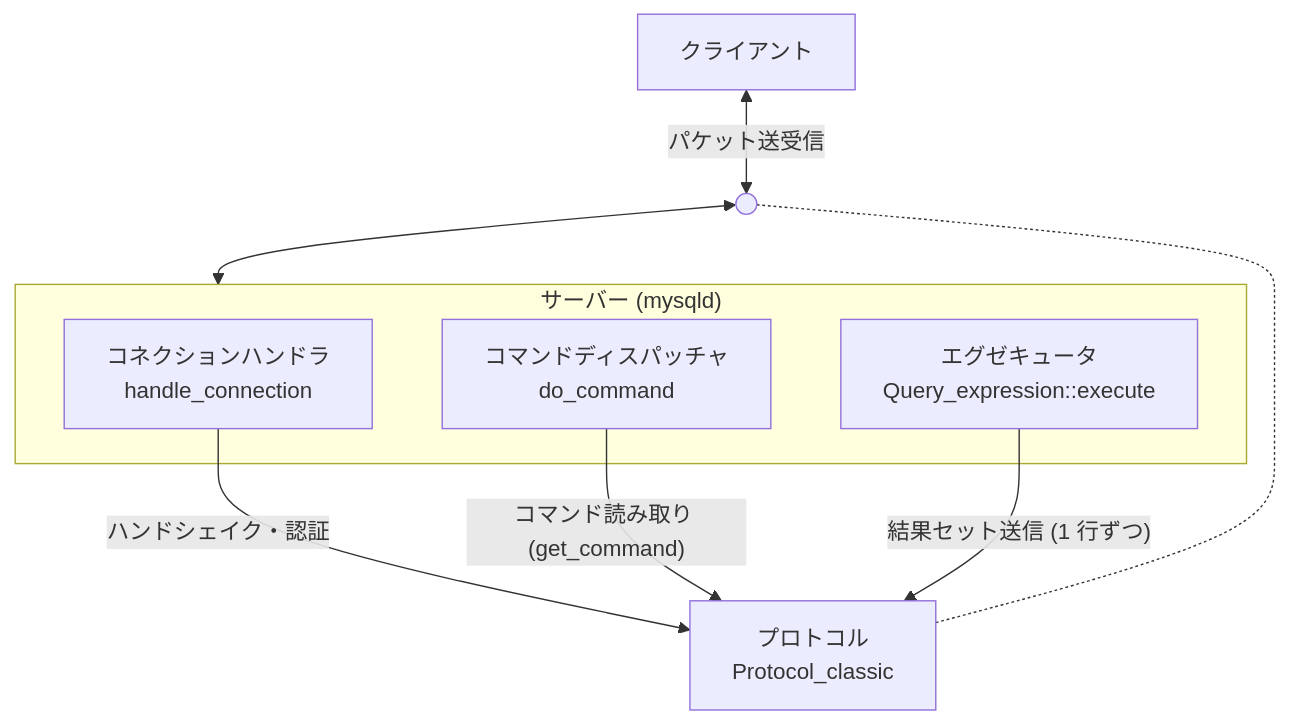
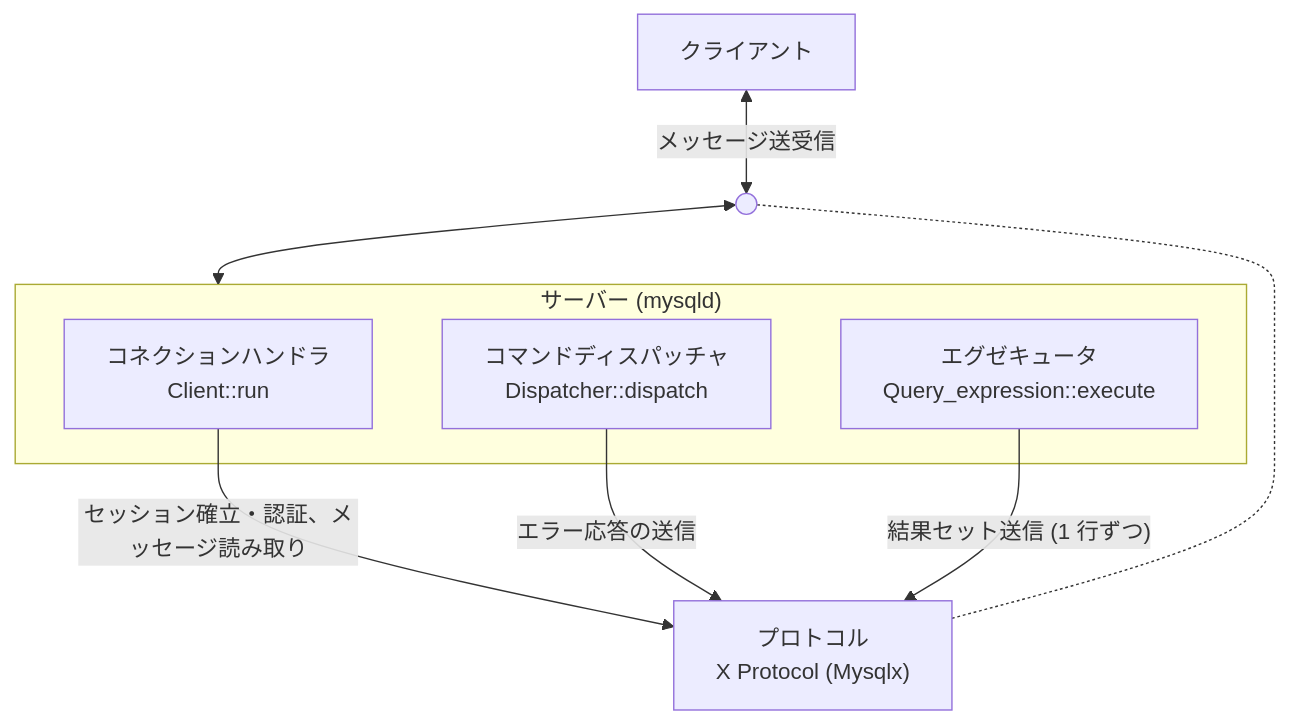
Before and after one commit to ren-yamanashi/minesql: the second of 2 diagrams in docs/specification/README.md, drawn with Mermaid. The commit also changed other lines of this file, not shown here.

````diff
--- a/docs/specification/README.md
+++ b/docs/specification/README.md
@@ -52,19 +52,19 @@
 ```mermaid
 flowchart TD
     client["クライアント"]
     j(( ))
-    protocol["プロトコル<br/>Protocol_classic"]
+    protocol["プロトコル<br/>X Protocol (Mysqlx)"]
 
     subgraph server["サーバー (mysqld)"]
-        conn["コネクションハンドラ<br/>handle_connection"]
-        dispatcher["コマンドディスパッチャ<br/>do_command"]
+        conn["コネクションハンドラ<br/>Client::run"]
+        dispatcher["コマンドディスパッチャ<br/>Dispatcher::dispatch"]
         executor["エグゼキュータ<br/>Query_expression::execute"]
     end
 
-    client <-->|パケット送受信| j
+    client <-->|メッセージ送受信| j
     j <--> server
     protocol -.- j
-    conn -->|ハンドシェイク・認証| protocol
-    dispatcher -->|"コマンド読み取り (get_command)"| protocol
+    conn -->|"セッション確立・認証、メッセージ読み取り"| protocol
+    dispatcher -->|エラー応答の送信| protocol
     executor -->|"結果セット送信 (1 行ずつ)"| protocol
 ```
````
